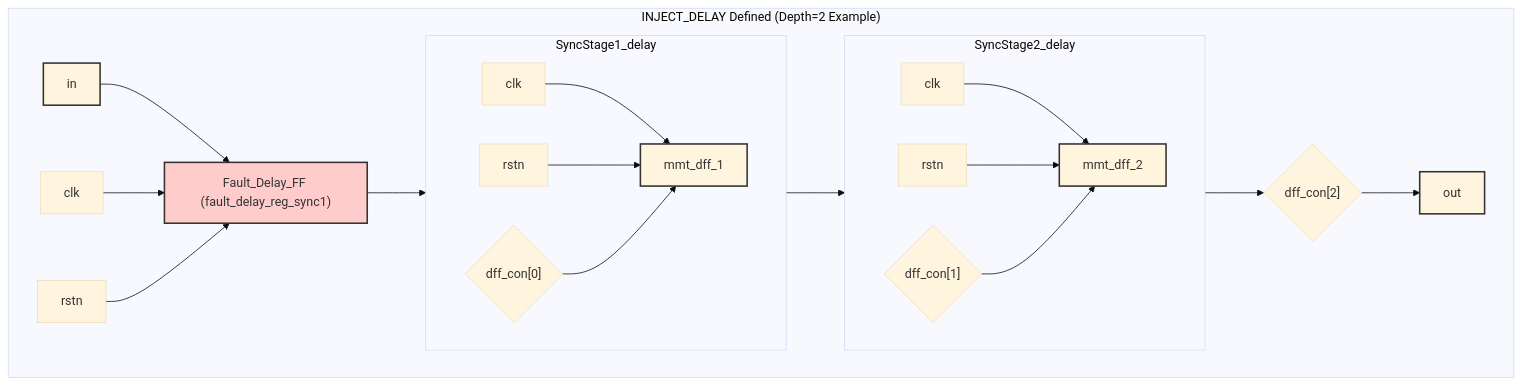
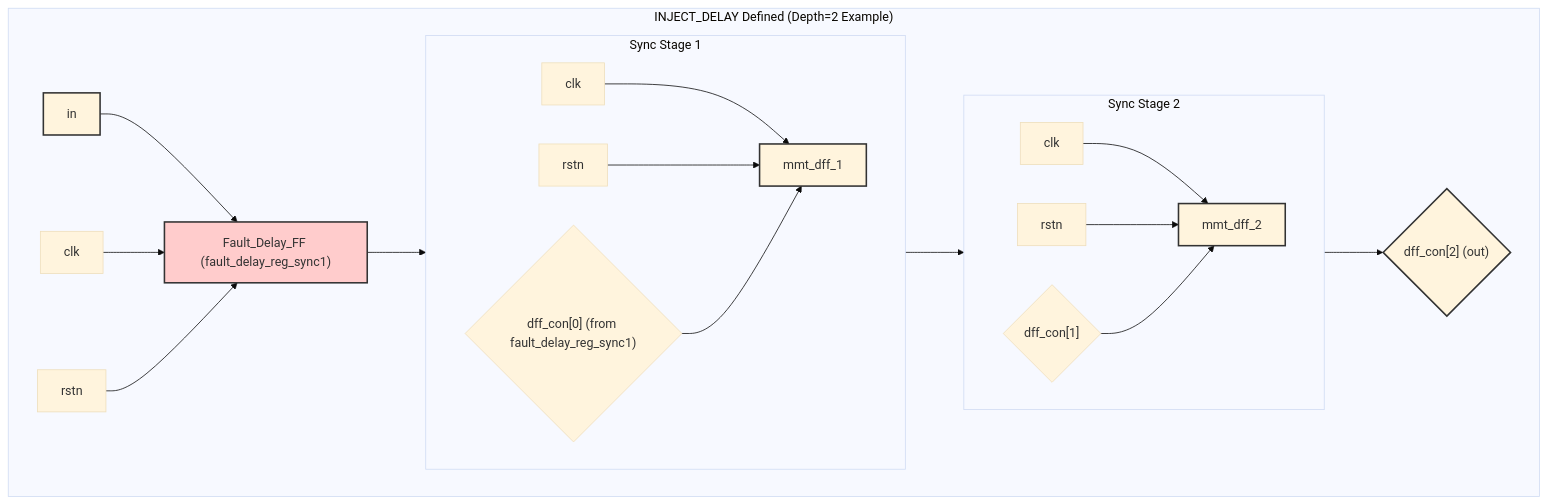
Before and after one commit to alanjiang628/single_sync_cell: the second of 6 diagrams in mmt_sync_single_diagrams.md, drawn with Mermaid (base theme). The commit also changed other lines of this file and 2 other files, not shown here.

Commit message:
update for sync single

````diff
--- a/mmt_sync_single_diagrams.md
+++ b/mmt_sync_single_diagrams.md
@@ -44,37 +46,35 @@
 ```mermaid
 %% 2. 定义 INJECT_DELAY (注入一级延迟)
 graph TD;
     subgraph mmt_sync_single_delay ["INJECT_DELAY Defined (Depth=2 Example)"]
         direction LR;
 
-        IN_delay[in] --> FaultDFF["Fault_Delay_FF (fault_delay_reg_sync1)"];
-        CLK_fault[clk] --> FaultDFF;
-        RSTN_fault[rstn] --> FaultDFF;
+        IN_D[in] --> FaultDFF["Fault_Delay_FF (fault_delay_reg_sync1)"];
+        CLK_F[clk] --> FaultDFF;
+        RSTN_F[rstn] --> FaultDFF;
 
-        FaultDFF --> DFF1_IN_delay{"dff_con[0]"};
+        FaultDFF --> DFF1_IN_Delay{"dff_con[0] (from fault_delay_reg_sync1)"};
         
-        subgraph SyncStage1_delay
+        subgraph SyncStage1_Delay ["Sync Stage 1"]
             direction LR;
-            CLK1_d[clk] --> DFF1_d[mmt_dff_1];
-            RSTN1_d[rstn] --> DFF1_d;
-            DFF1_IN_delay --> DFF1_d;
+            CLK1_D[clk] --> DFF1_D[mmt_dff_1];
+            RSTN1_D[rstn] --> DFF1_D;
+            DFF1_IN_Delay --> DFF1_D;
         end
-        DFF1_d --> DFF1_OUT_delay{"dff_con[1]"};
+        DFF1_D --> DFF1_OUT_Delay{"dff_con[1]"};
         
-        subgraph SyncStage2_delay
+        subgraph SyncStage2_Delay ["Sync Stage 2"]
             direction LR;
-            CLK2_d[clk] --> DFF2_d[mmt_dff_2];
-            RSTN2_d[rstn] --> DFF2_d;
-            DFF1_OUT_delay --> DFF2_d;
+            CLK2_D[clk] --> DFF2_D[mmt_dff_2];
+            RSTN2_D[rstn] --> DFF2_D;
+            DFF1_OUT_Delay --> DFF2_D;
         end
-        DFF2_d --> DFF2_OUT_delay{"dff_con[2]"};
+        DFF2_D --> DFF2_OUT_Delay{"dff_con[2] (out)"};
         
-        DFF2_OUT_delay --> OUT_delay[out];
-
-        style IN_delay fill:#lightgreen,stroke:#333,stroke-width:2px
-        style OUT_delay fill:#lightblue,stroke:#333,stroke-width:2px
+        style IN_D fill:#lightgreen,stroke:#333,stroke-width:2px
+        style DFF2_OUT_Delay fill:#lightblue,stroke:#333,stroke-width:2px
         style FaultDFF fill:#ffcccc,stroke:#333,stroke-width:2px
-        style DFF1_d fill:#orange,stroke:#333,stroke-width:2px
-        style DFF2_d fill:#orange,stroke:#333,stroke-width:2px
+        style DFF1_D fill:#orange,stroke:#333,stroke-width:2px
+        style DFF2_D fill:#orange,stroke:#333,stroke-width:2px
     end
 ```
````
